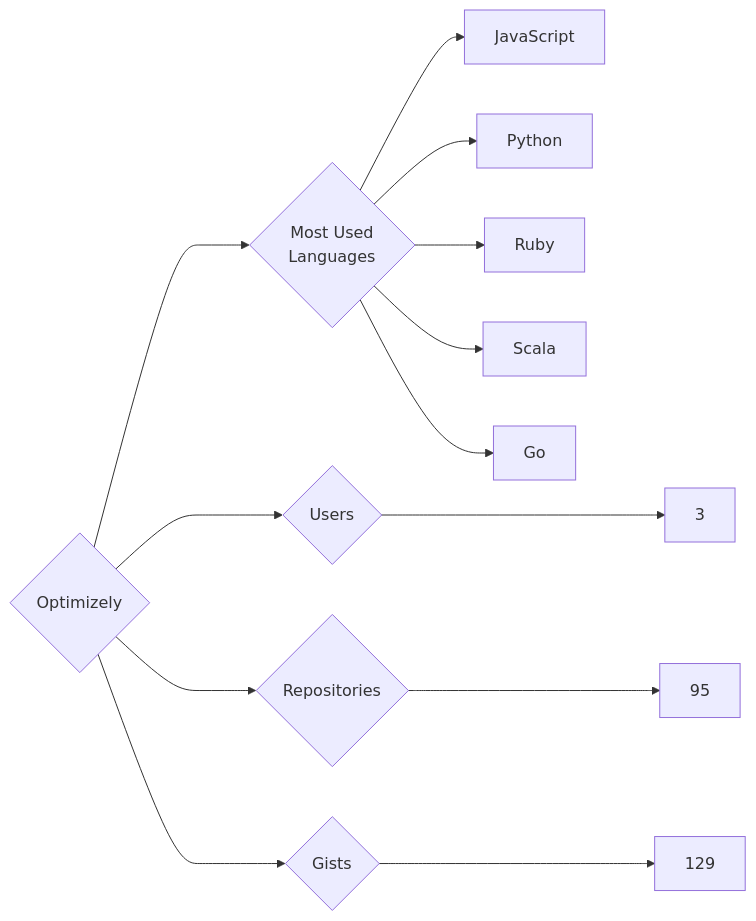
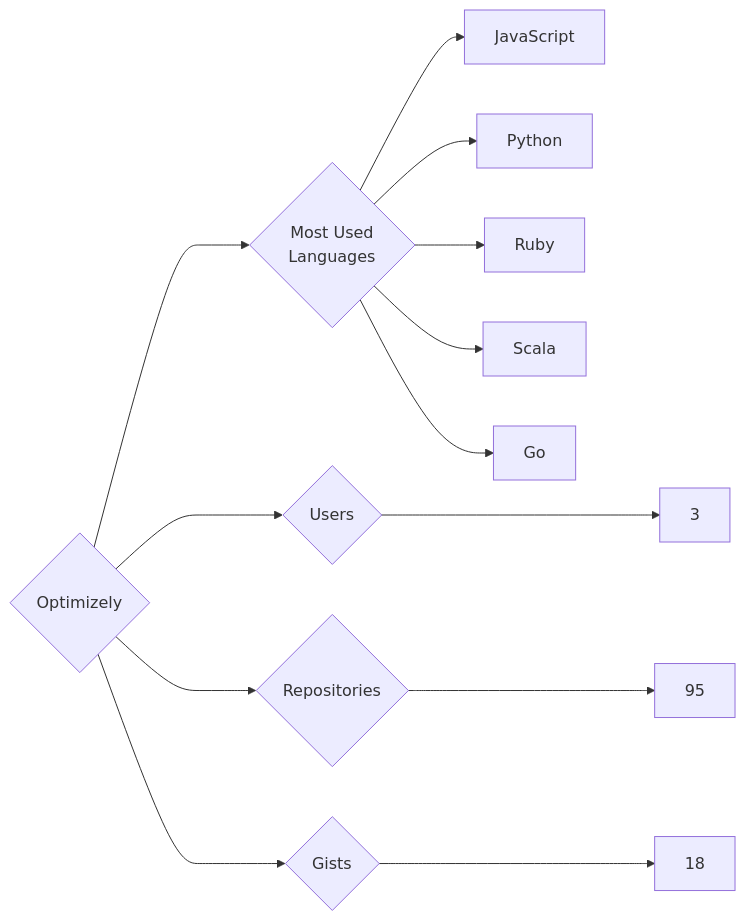
One commit to trickest/insiders changed the diagram in targets/Optimizely/README.md. Above: the diagram before and after it, drawn with Mermaid. The commit also changed 948 other files, not shown here.

````diff
--- a/targets/Optimizely/README.md
+++ b/targets/Optimizely/README.md
@@ -3,13 +3,13 @@
 ```mermaid
 graph LR
 COMPANY_NAME{Optimizely}
 COMPANY_NAME ---> U{Users} ---> UN[3]
 COMPANY_NAME ---> R{Repositories} ---> RN[95]
-COMPANY_NAME ---> G{Gists} ---> GN[129]
+COMPANY_NAME ---> G{Gists} ---> GN[18]
 COMPANY_NAME ---> ML{Most Used<br>Languages}
 ML --> JavaScript[JavaScript]
 ML --> Python[Python]
 ML --> Ruby[Ruby]
 ML --> Scala[Scala]
 ML --> Go[Go]
 ```
````
